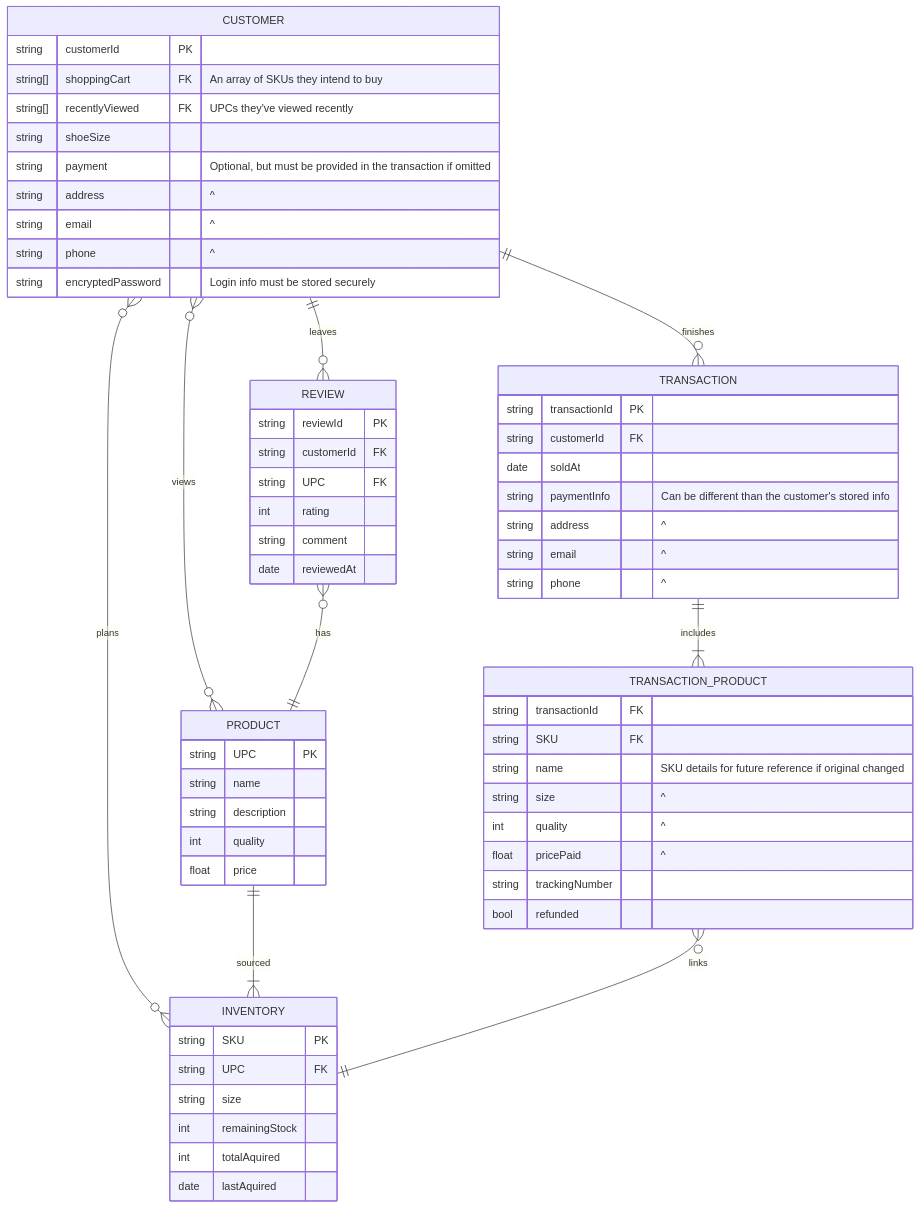
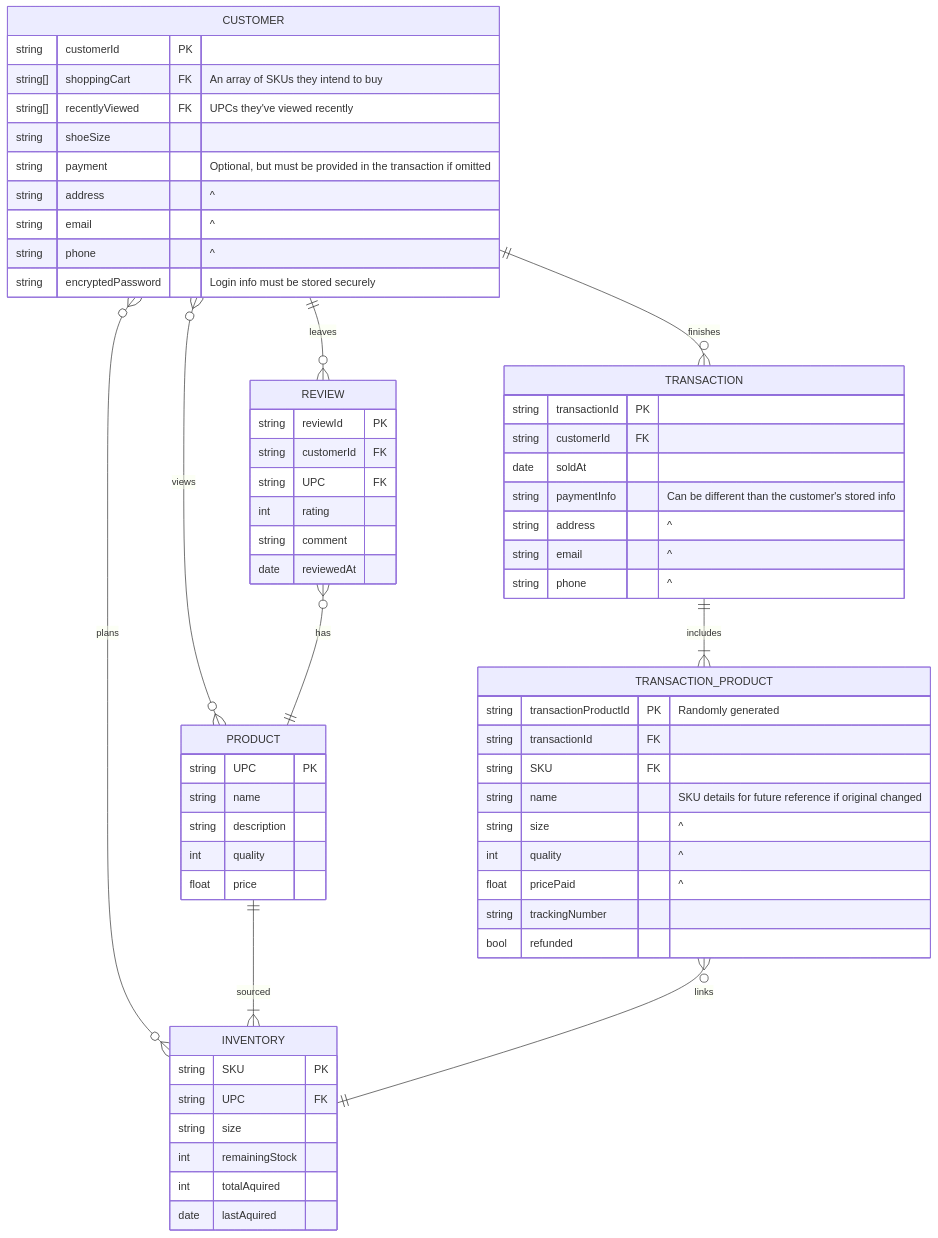
Before and after one commit to alpuseySP2025/alpuseySP2025.github.io: the diagram in NikeStore_ERD.md, drawn with Mermaid.

Commit message:
give transaction_product a PK

````diff
--- a/NikeStore_ERD.md
+++ b/NikeStore_ERD.md
@@ -4,64 +4,65 @@
 ```mermaid
 erDiagram
     CUSTOMER }o--o{ PRODUCT: views
     CUSTOMER }o--o{ INVENTORY: plans
     PRODUCT ||--|{ INVENTORY: sourced
     CUSTOMER ||--o{ TRANSACTION: finishes
     TRANSACTION ||--|{ TRANSACTION_PRODUCT: includes
     TRANSACTION_PRODUCT }o--|| INVENTORY: links
     CUSTOMER ||--o{ REVIEW: leaves
     REVIEW }o--|| PRODUCT: has
     CUSTOMER {
         string customerId PK
         string[] shoppingCart FK "An array of SKUs they intend to buy"
         string[] recentlyViewed FK "UPCs they've viewed recently"
         string shoeSize
         string payment "Optional, but must be provided in the transaction if omitted"
         string address "^"
         string email "^"
         string phone "^"
         string encryptedPassword "Login info must be stored securely"
     }
     TRANSACTION {
         string transactionId PK
         string customerId FK
         date soldAt
         string paymentInfo "Can be different than the customer's stored info"
         string address "^"
         string email "^"
         string phone "^"
     }
     TRANSACTION_PRODUCT {
+        string transactionProductId PK "Randomly generated"
         string transactionId FK
         string SKU FK
         string name "SKU details for future reference if original changed"
         string size "^"
         int quality "^"
         float pricePaid "^"
         string trackingNumber
         bool refunded
     }
      PRODUCT {
         string UPC PK
         string name
         string description
         int quality
         float price
     }
     REVIEW {
         string reviewId PK
         string customerId FK
         string UPC FK
         int rating
         string comment
         date reviewedAt
     }
     INVENTORY {
         string SKU PK
         string UPC FK
         string size
         int remainingStock
         int totalAquired
         date lastAquired
     }
 ```
````
